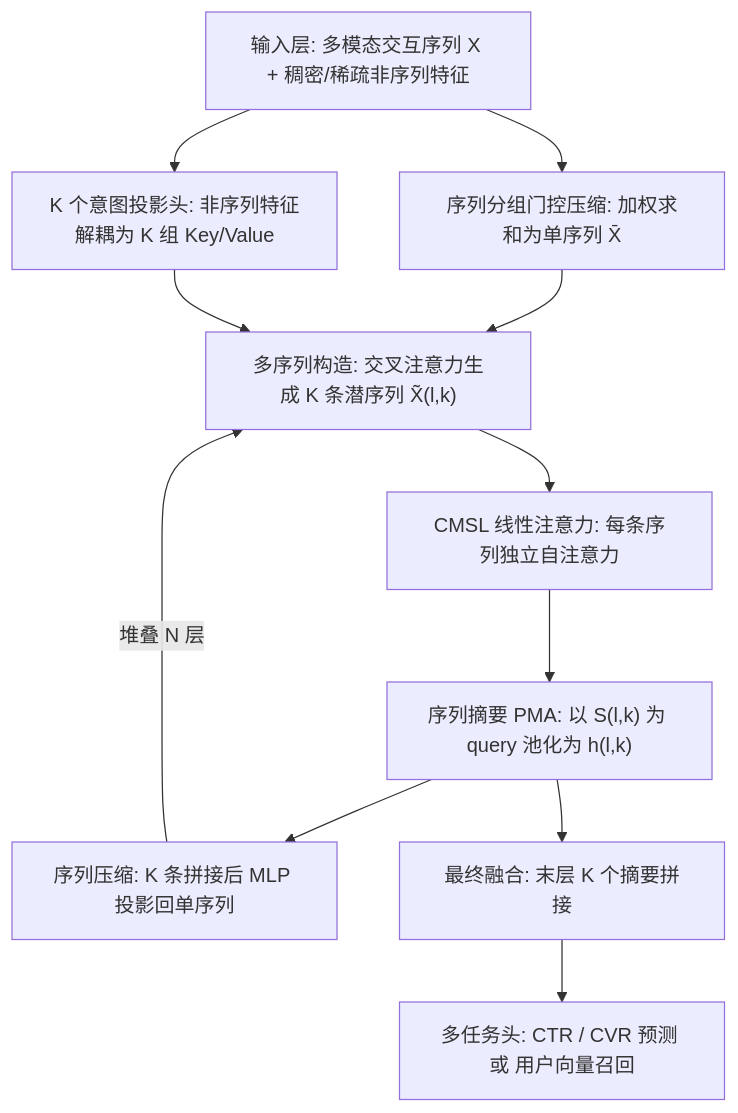
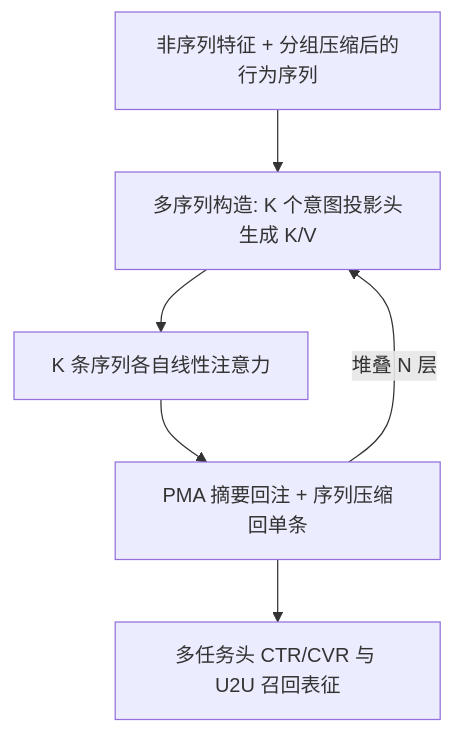
The diagram in docs/venues/SIGIR/2026/sequential_rec/cmsl_constructive_multi_sequence_learning_for_recommendation_systems.md (jbdcia321vw/Paper-Notes), drawn with Mermaid before and after one commit. The commit also changed other lines of this file and 1119 other files, not shown here.

````diff
--- a/docs/venues/SIGIR/2026/sequential_rec/cmsl_constructive_multi_sequence_learning_for_recommendation_systems.md
+++ b/docs/venues/SIGIR/2026/sequential_rec/cmsl_constructive_multi_sequence_learning_for_recommendation_systems.md
@@ -56,13 +46,8 @@
 ```mermaid
 flowchart TD
-    A["输入层: 多模态交互序列 X + 稠密/稀疏非序列特征"] --> B["序列分组门控压缩: 加权求和为单序列 X̄"]
-    A --> C["K 个意图投影头: 非序列特征解耦为 K 组 Key/Value"]
-    B --> D["多序列构造: 交叉注意力生成 K 条潜序列 X̃(l,k)"]
-    C --> D
-    D --> E["CMSL 线性注意力: 每条序列独立自注意力"]
-    E --> F["序列摘要 PMA: 以 S(l,k) 为 query 池化为 h(l,k)"]
-    F --> G["序列压缩: K 条拼接后 MLP 投影回单序列"]
-    G -->|堆叠 N 层| D
-    F --> H["最终融合: 末层 K 个摘要拼接"]
-    H --> I["多任务头: CTR / CVR 预测 或 用户向量召回"]
+    A["非序列特征 + 分组压缩后的行为序列"] --> B["多序列构造: K 个意图投影头生成 K/V"]
+    B --> C["K 条序列各自线性注意力"]
+    C --> D["PMA 摘要回注 + 序列压缩回单条"]
+    D -->|堆叠 N 层| B
+    D --> E["多任务头 CTR/CVR 与 U2U 召回表征"]
 ```
````
